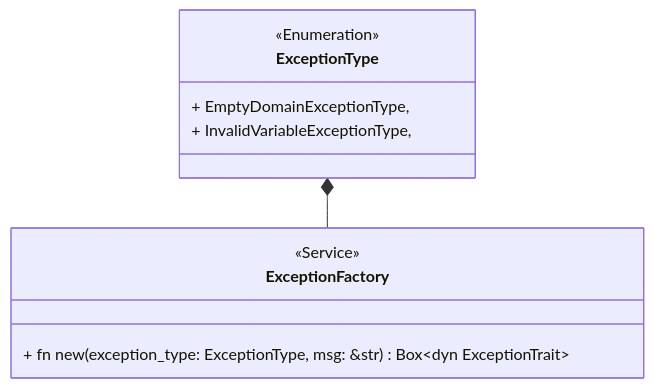
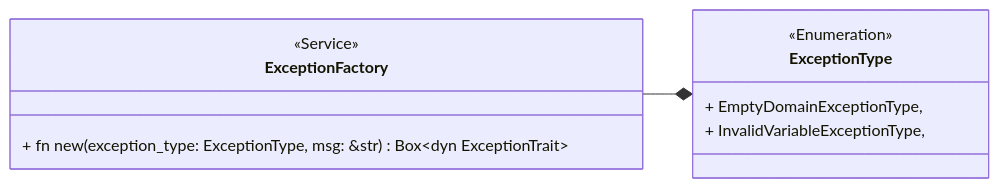
Before and after one commit to luhanzhen/RuCos: the first of 2 diagrams in src/exception/readme.md, drawn with Mermaid. The commit also changed 1 other file, not shown here.

Commit message:
2023.11.26  16:46

````diff
--- a/src/exception/readme.md
+++ b/src/exception/readme.md
@@ -4,21 +4,20 @@
 ```mermaid
+
 classDiagram
-direction BT
+    
+direction LR
 
     class ExceptionFactory {
         <<Service>>
-
+        
         + fn new(exception_type: ExceptionType, msg: &str)  Box~dyn ExceptionTrait~
     }
-
-    ExceptionFactory --* ExceptionType
-    
-    
 
     class  ExceptionType {
         <<Enumeration>>
         + EmptyDomainExceptionType,
         + InvalidVariableExceptionType,
     }
 
+    ExceptionFactory --* ExceptionType
 ```
````
